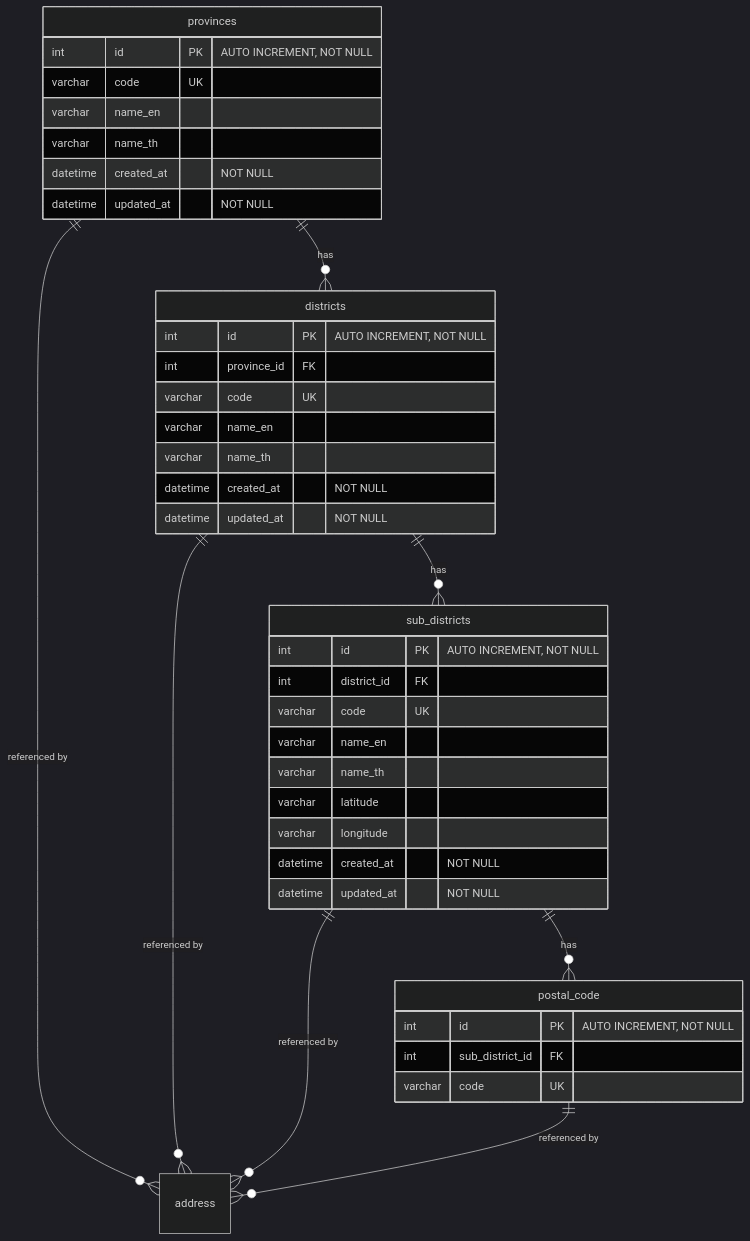
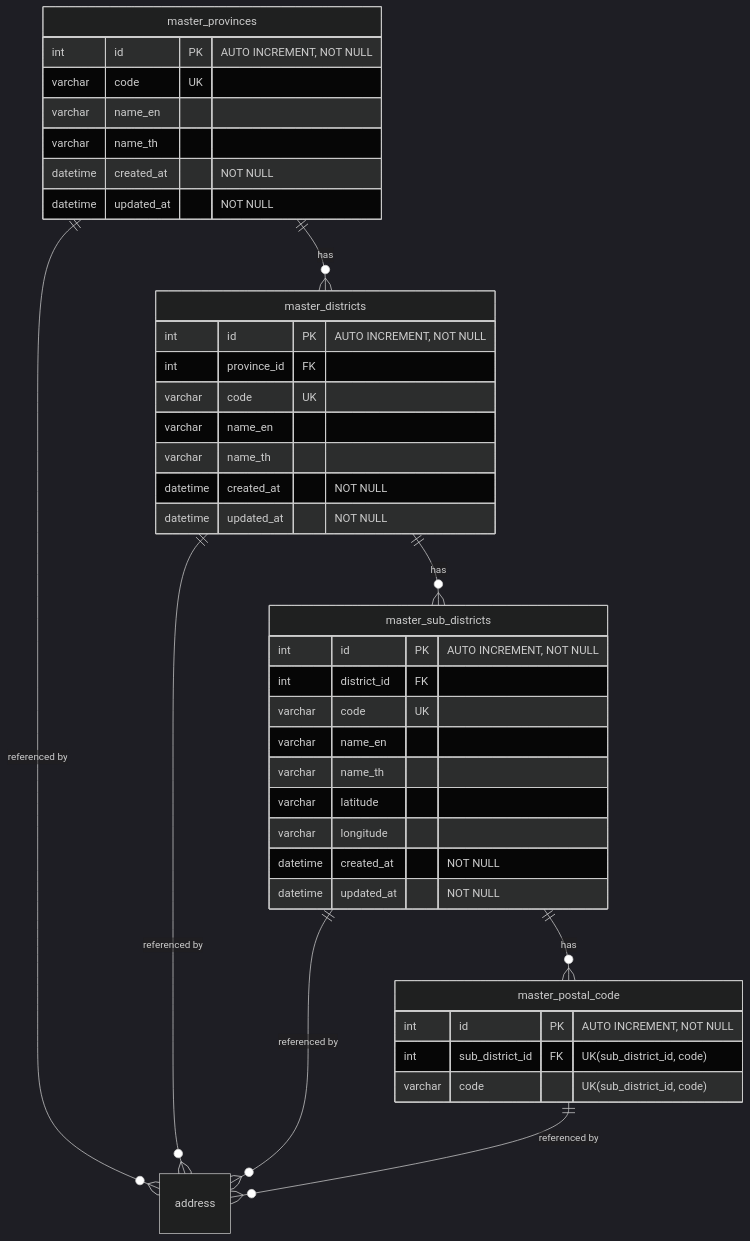
The second of 3 diagrams in docs/portal/erdiagram/merchant-management.md (apisit110/pos-center), drawn with Mermaid (dark theme) before and after one commit. The commit also changed other lines of this file and 182 other files, not shown here.

First line of the commit message:
feat(database): add merchant credentials permissions and update sequences

````diff
--- a/docs/portal/erdiagram/merchant-management.md
+++ b/docs/portal/erdiagram/merchant-management.md
@@ -197,44 +197,44 @@
 ```mermaid
 erDiagram
-  provinces {
+  master_provinces {
     int id PK "AUTO INCREMENT, NOT NULL"
     varchar code UK
     varchar name_en
     varchar name_th
     datetime created_at "NOT NULL"
     datetime updated_at "NOT NULL"
   }
-  districts {
+  master_districts {
     int id PK "AUTO INCREMENT, NOT NULL"
     int province_id FK
     varchar code UK
     varchar name_en
     varchar name_th
     datetime created_at "NOT NULL"
     datetime updated_at "NOT NULL"
   }
-  sub_districts {
+  master_sub_districts {
     int id PK "AUTO INCREMENT, NOT NULL"
     int district_id FK
     varchar code UK
     varchar name_en
     varchar name_th
     varchar latitude
     varchar longitude
     datetime created_at "NOT NULL"
     datetime updated_at "NOT NULL"
   }
-  postal_code {
+  master_postal_code {
     int id PK "AUTO INCREMENT, NOT NULL"
-    int sub_district_id FK
-    varchar code UK
+    int sub_district_id FK "UK(sub_district_id, code)"
+    varchar code "UK(sub_district_id, code)"
   }
 
-  provinces ||--o{ districts : "has"
-  districts ||--o{ sub_districts : "has"
-  sub_districts ||--o{ postal_code : "has"
-  provinces ||--o{ address : "referenced by"
-  districts ||--o{ address : "referenced by"
-  sub_districts ||--o{ address : "referenced by"
-  postal_code ||--o{ address : "referenced by"
+  master_provinces ||--o{ master_districts : "has"
+  master_districts ||--o{ master_sub_districts : "has"
+  master_sub_districts ||--o{ master_postal_code : "has"
+  master_provinces ||--o{ address : "referenced by"
+  master_districts ||--o{ address : "referenced by"
+  master_sub_districts ||--o{ address : "referenced by"
+  master_postal_code ||--o{ address : "referenced by"
 ```
````
